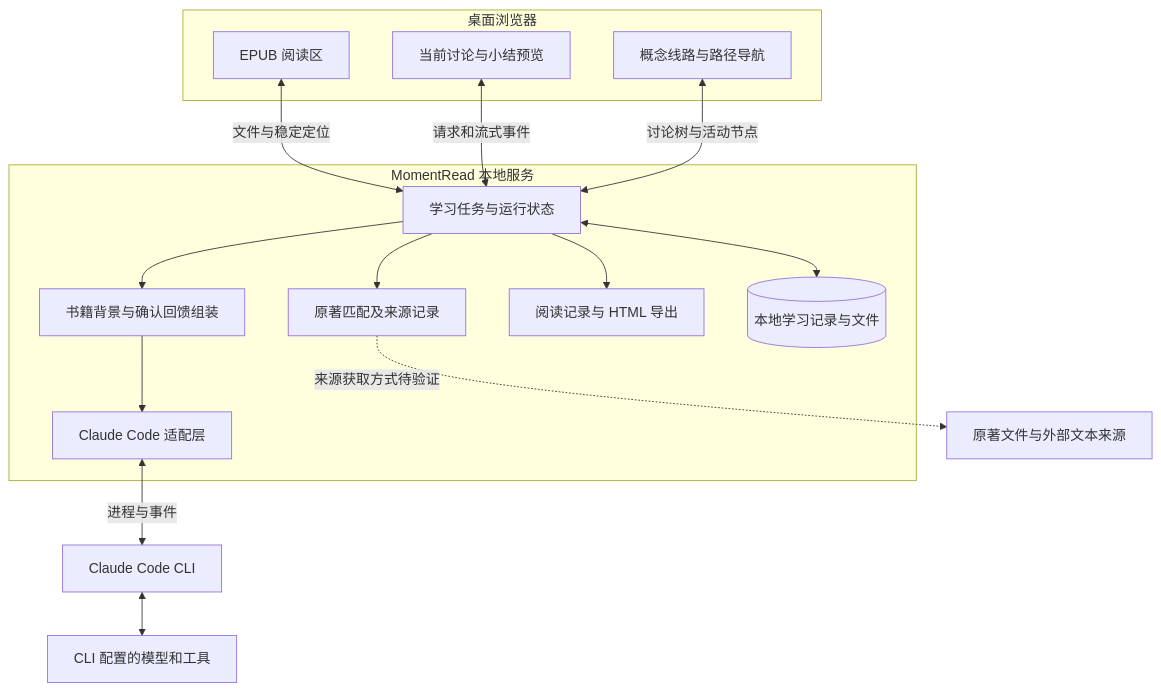
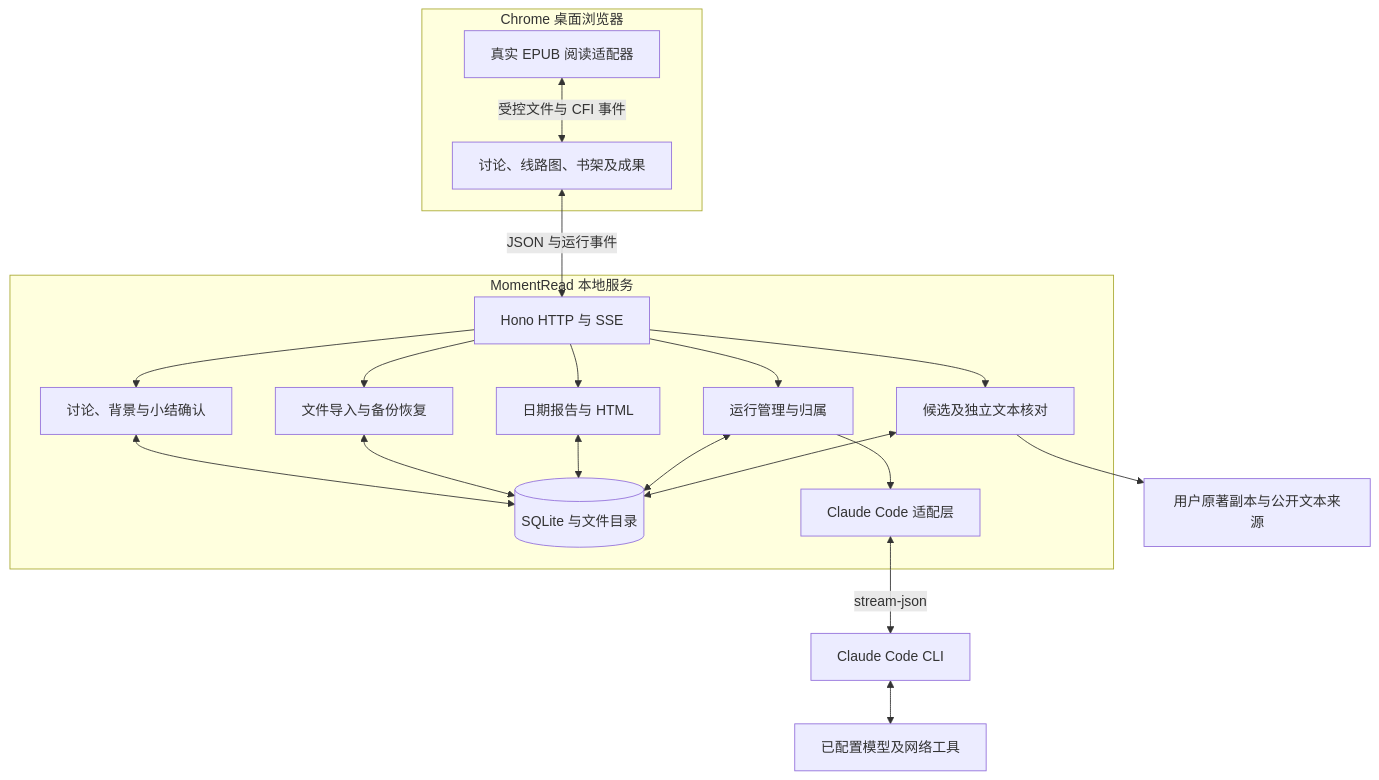
Before and after one commit to CamellionKid/momentread: the diagram in docs/ARCHITECTURE.md, drawn with Mermaid. The commit also changed other lines of this file and 23 other files, not shown here.

````diff
--- a/docs/ARCHITECTURE.md
+++ b/docs/ARCHITECTURE.md
@@ -37,27 +32,33 @@
 ```mermaid
 flowchart TB
-  subgraph Browser[桌面浏览器]
-    Reader[EPUB 阅读区]
-    Chat[当前讨论与小结预览]
-    Rail[概念线路与路径导航]
+  subgraph Browser[Chrome 桌面浏览器]
+    Reader[真实 EPUB 阅读适配器]
+    UI[讨论、线路图、书架及成果]
   end
   subgraph Local[MomentRead 本地服务]
-    App[学习任务与运行状态]
-    Context[书籍背景与确认回馈组装]
-    Match[原著匹配及来源记录]
-    Export[阅读记录与 HTML 导出]
+    HTTP[Hono HTTP 与 SSE]
+    Learning[讨论、背景与小结确认]
+    Runs[运行管理与归属]
+    Matching[候选及独立文本核对]
+    Library[文件导入与备份恢复]
+    Reports[日期报告与 HTML]
+    Store[(SQLite 与文件目录)]
     Adapter[Claude Code 适配层]
-    Store[(本地学习记录与文件)]
   end
-  Reader <-->|文件与稳定定位| App
-  Chat <-->|请求和流式事件| App
-  Rail <-->|讨论树与活动节点| App
-  App <--> Store
-  App --> Context
-  App --> Match
-  App --> Export
-  Context --> Adapter
-  Adapter <-->|进程与事件| CLI[Claude Code CLI]
-  CLI <--> Model[CLI 配置的模型和工具]
-  Match -.->|来源获取方式待验证| Source[原著文件与外部文本来源]
+  Reader <-->|受控文件与 CFI 事件| UI
+  UI <-->|JSON 与运行事件| HTTP
+  HTTP --> Learning
+  HTTP --> Runs
+  HTTP --> Library
+  HTTP --> Reports
+  Learning <--> Store
+  Library <--> Store
+  Reports <--> Store
+  Runs <--> Store
+  Runs --> Adapter
+  Adapter <-->|stream-json| CLI[Claude Code CLI]
+  CLI <--> Provider[已配置模型及网络工具]
+  HTTP --> Matching
+  Matching <--> Store
+  Matching --> Sources[用户原著副本与公开文本来源]
 ```
````
